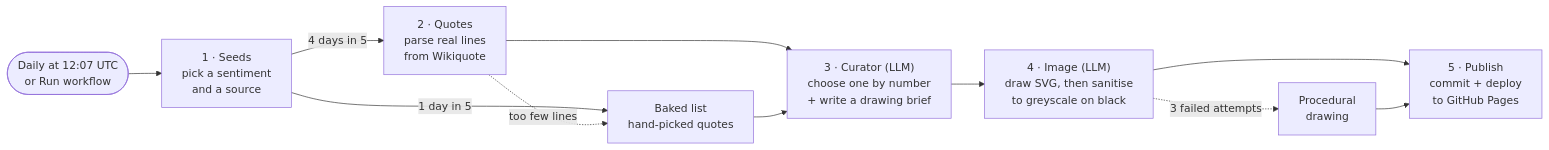
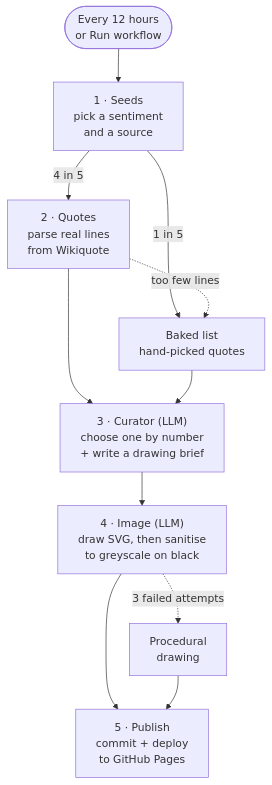
The diagram in README.md (alizaliz/pithy), drawn with Mermaid before and after one commit. The commit also changed other lines of this file and 5 other files, not shown here.

First line of the commit message:
Generate a new entry every 12 hours; vertical README diagram

````diff
--- a/README.md
+++ b/README.md
@@ -14,13 +14,13 @@
 ```mermaid
-flowchart LR
-  T(["Daily at 12:07 UTC<br/>or Run workflow"]) --> S["1 · Seeds<br/>pick a sentiment<br/>and a source"]
-  S -->|"4 days in 5"| Q["2 · Quotes<br/>parse real lines<br/>from Wikiquote"]
-  S -->|"1 day in 5"| B["Baked list<br/>hand-picked quotes"]
+flowchart TD
+  T(["Every 12 hours<br/>or Run workflow"]) --> S["1 · Seeds<br/>pick a sentiment<br/>and a source"]
+  S -->|"4 in 5"| Q["2 · Quotes<br/>parse real lines<br/>from Wikiquote"]
+  S -->|"1 in 5"| B["Baked list<br/>hand-picked quotes"]
   Q -.->|"too few lines"| B
   Q --> C["3 · Curator (LLM)<br/>choose one by number<br/>+ write a drawing brief"]
   B --> C
   C --> I["4 · Image (LLM)<br/>draw SVG, then sanitise<br/>to greyscale on black"]
   I -.->|"3 failed attempts"| F["Procedural<br/>drawing"]
   I --> P["5 · Publish<br/>commit + deploy<br/>to GitHub Pages"]
   F --> P
 ```
````
